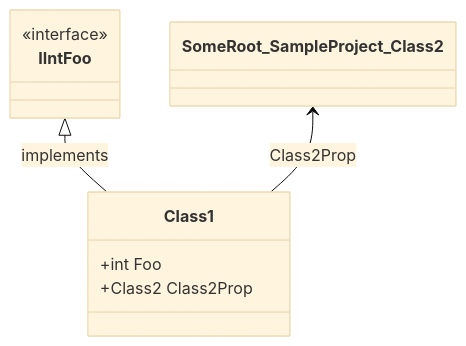
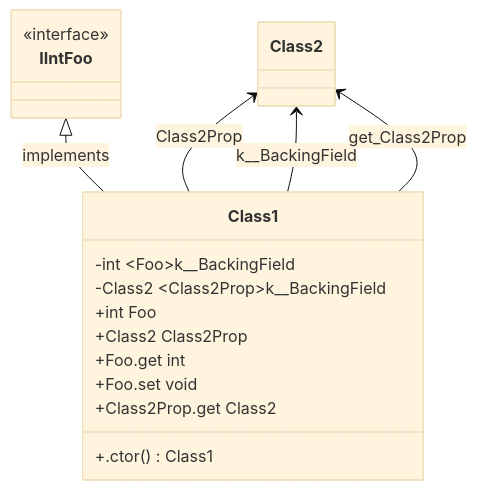
Before and after one commit to erichiller/gh-action-cs-metrics: the first of 7 diagrams in test/SampleProject/CODE_METRICS.md, drawn with Mermaid (base theme). The commit also changed other lines of this file, not shown here.

````diff
--- a/test/SampleProject/CODE_METRICS.md
+++ b/test/SampleProject/CODE_METRICS.md
@@ -199,16 +199,33 @@
 ```mermaid
 %%{init: {
     'fontFamily': 'monospace'
 } }%%
 classDiagram
 SomeRoot_SampleProject_IIntFoo <|-- SomeRoot_SampleProject_Class1 : implements
 class SomeRoot_SampleProject_IIntFoo ["IIntFoo"] {
     <<interface>>
 }
 SomeRoot_SampleProject_Class2 <-- SomeRoot_SampleProject_Class1 : Class2Prop
+class SomeRoot_SampleProject_Class2 ["Class2"] {
+    
+}
+SomeRoot_SampleProject_Class2 <-- SomeRoot_SampleProject_Class1 : <Class2Prop>k__BackingField
+class SomeRoot_SampleProject_Class2 ["Class2"] {
+    
+}
+SomeRoot_SampleProject_Class2 <-- SomeRoot_SampleProject_Class1 : get_Class2Prop
+class SomeRoot_SampleProject_Class2 ["Class2"] {
+    
+}
 class SomeRoot_SampleProject_Class1 ["Class1"] {
+    -int &lt;Foo&gt;k__BackingField
+    -Class2 &lt;Class2Prop&gt;k__BackingField
     +int Foo
     +Class2 Class2Prop
+    +Foo.get int
+    +Foo.set void
+    +Class2Prop.get Class2
+    +.ctor() Class1
 }
 
 ```
````
